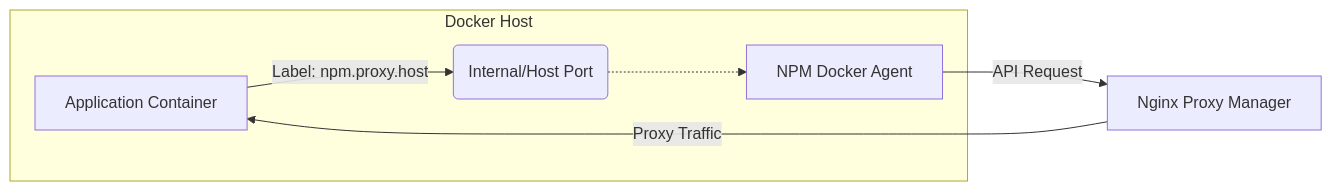
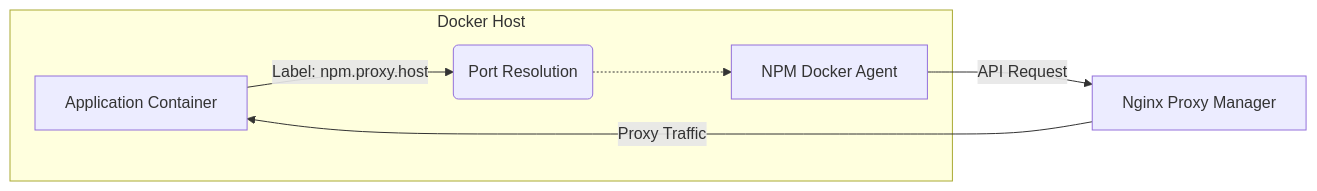
The diagram in README.md (rokelvisar/npm-agent), drawn with Mermaid before and after one commit. The commit also changed other lines of this file and 3 other files, not shown here.

First line of the commit message:
fix: smart port resolution, remove Portainer docs, add docker run example

````diff
--- a/README.md
+++ b/README.md
@@ -19,9 +19,9 @@
 ```mermaid
 graph LR
     subgraph "Docker Host"
-        A[Application Container] -- Label: npm.proxy.host --> B(Internal/Host Port)
+        A[Application Container] -- Label: npm.proxy.host --> B(Port Resolution)
         B -.-> C[NPM Docker Agent]
     end
     C -- API Request --> D[Nginx Proxy Manager]
     D -- Proxy Traffic --> A
 ```
````
